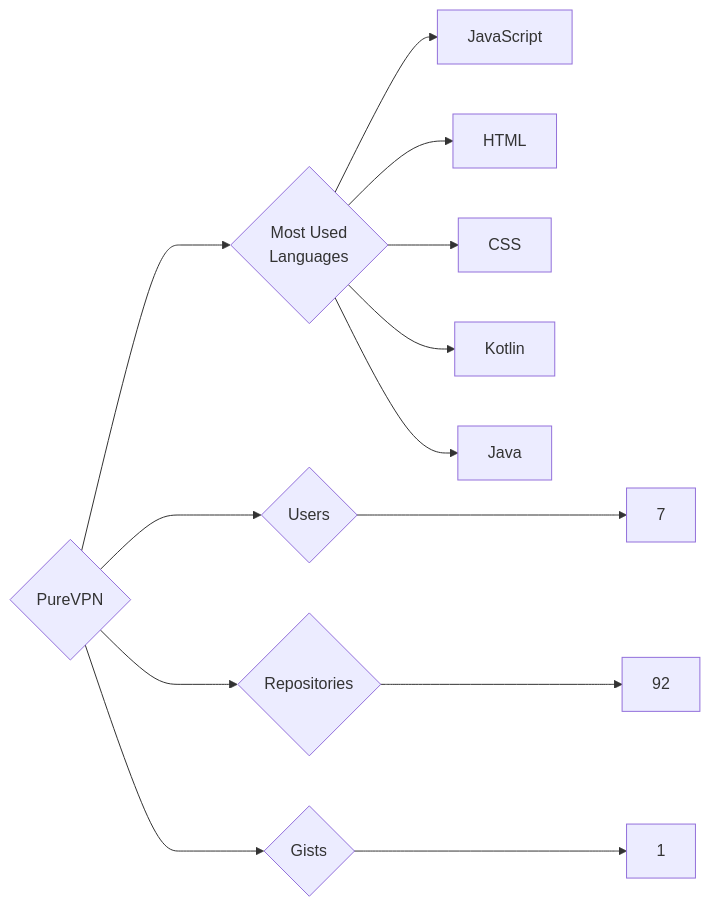
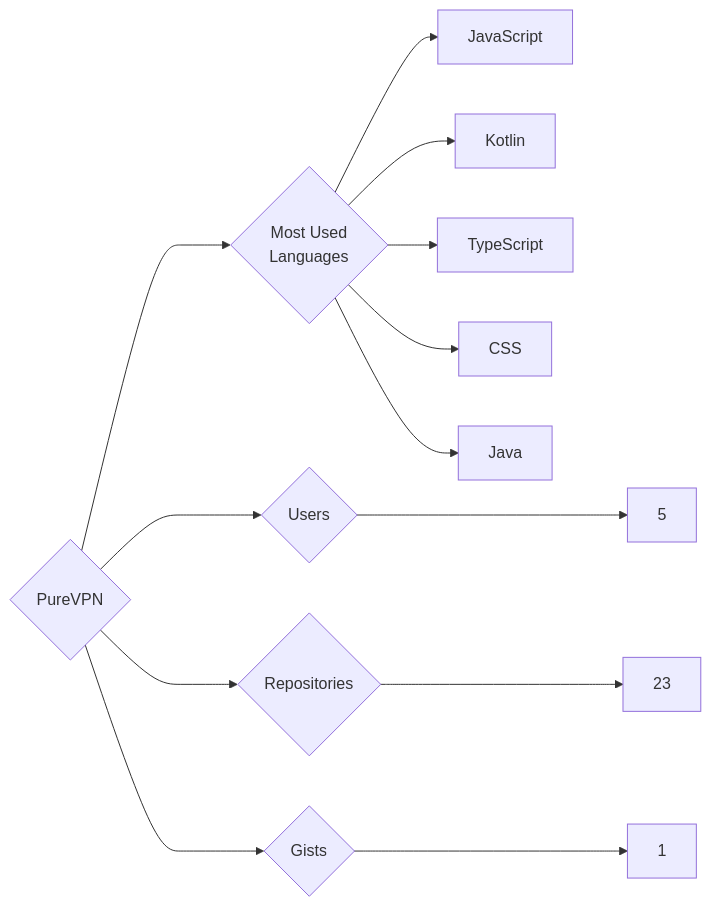
One commit to trickest/insiders changed the diagram in targets/PureVPN/README.md. Above: the diagram before and after it, drawn with Mermaid. The commit also changed 964 other files, not shown here.

````diff
--- a/targets/PureVPN/README.md
+++ b/targets/PureVPN/README.md
@@ -3,13 +3,13 @@
 ```mermaid
 graph LR
 COMPANY_NAME{PureVPN}
-COMPANY_NAME ---> U{Users} ---> UN[7]
-COMPANY_NAME ---> R{Repositories} ---> RN[92]
+COMPANY_NAME ---> U{Users} ---> UN[5]
+COMPANY_NAME ---> R{Repositories} ---> RN[23]
 COMPANY_NAME ---> G{Gists} ---> GN[1]
 COMPANY_NAME ---> ML{Most Used<br>Languages}
 ML --> JavaScript[JavaScript]
-ML --> HTML[HTML]
+ML --> Kotlin[Kotlin]
+ML --> TypeScript[TypeScript]
 ML --> CSS[CSS]
-ML --> Kotlin[Kotlin]
 ML --> Java[Java]
 ```
````
